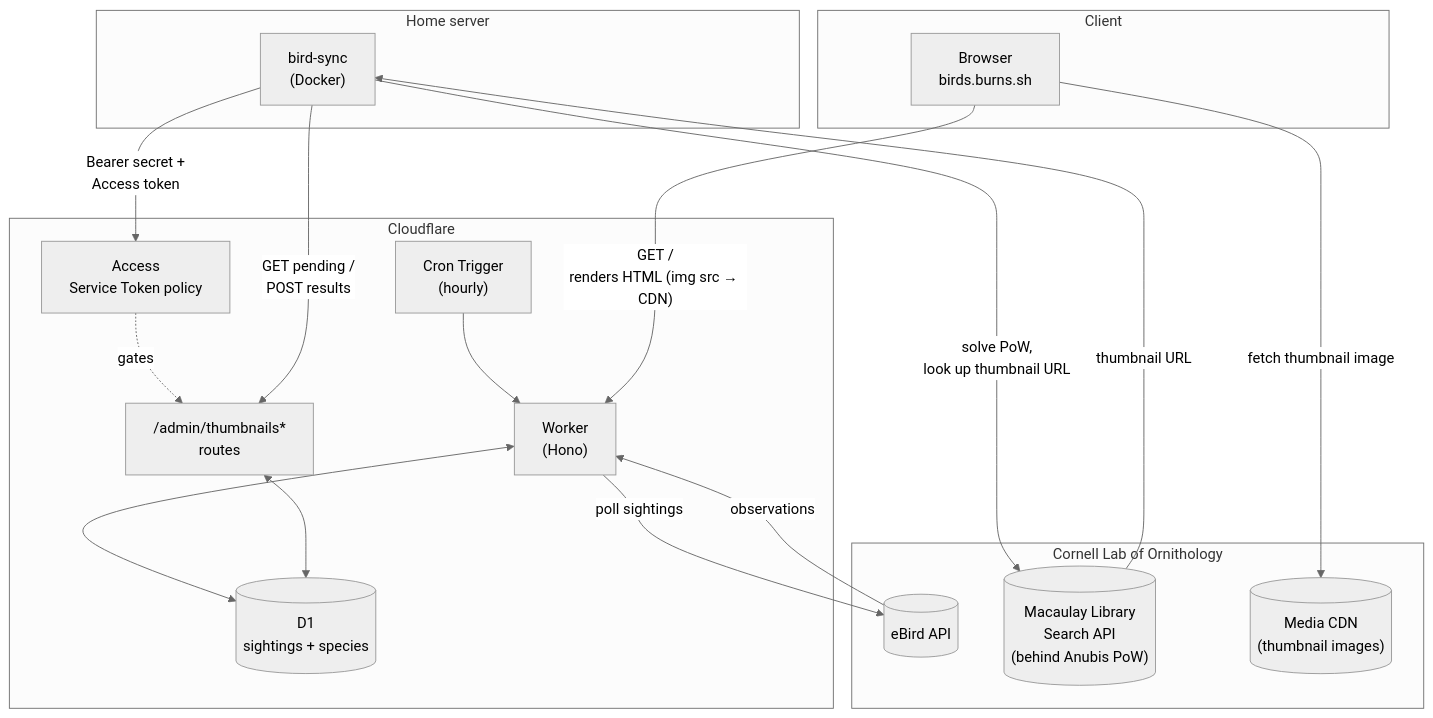
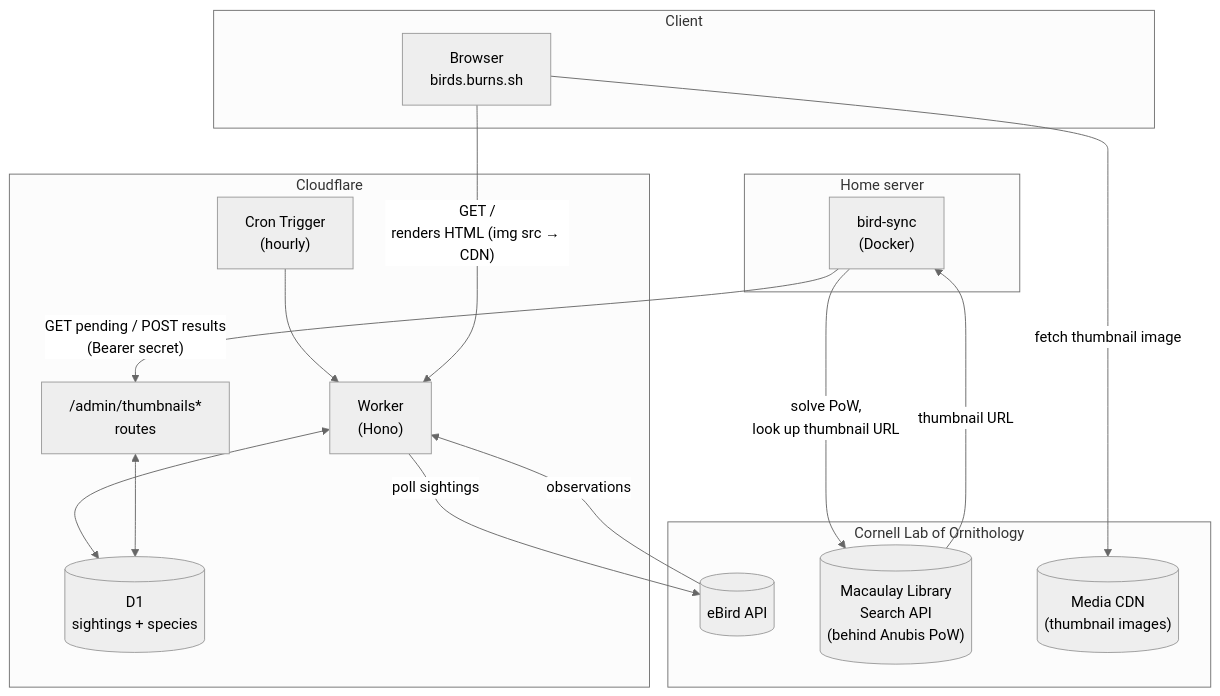
One commit to bbbburns/local-birds changed the diagram in README.md. Above: the diagram before and after it, drawn with Mermaid (neutral theme). The commit also changed 3 other files, not shown here.

First line of the commit message:
Docs: no Cloudflare Access app fronts /admin/*

````diff
--- a/README.md
+++ b/README.md
@@ -27,42 +27,39 @@
 ```mermaid
 flowchart TB
     subgraph client["Client"]
         browser["Browser<br/>birds.burns.sh"]
     end
 
     subgraph cf["Cloudflare"]
         cron["Cron Trigger<br/>(hourly)"]
         worker["Worker<br/>(Hono)"]
         d1[("D1<br/>sightings + species")]
-        access["Access<br/>Service Token policy"]
         admin["/admin/thumbnails*<br/>routes"]
         cron --> worker
         worker <--> d1
-        access -.gates.-> admin
         admin <--> d1
     end
 
     subgraph home["Home server"]
         birdsync["bird-sync<br/>(Docker)"]
     end
 
     subgraph cornell["Cornell Lab of Ornithology"]
         ebird[("eBird API")]
         search[("Macaulay Library<br/>Search API<br/>(behind Anubis PoW)")]
         cdn[("Media CDN<br/>(thumbnail images)")]
     end
 
     client ~~~ cf
     cf ~~~ cornell
 
     browser -- "GET /<br/>renders HTML (img src → CDN)" --> worker
     browser -- "fetch thumbnail image" --> cdn
 
     worker -- poll sightings --> ebird
     ebird -- observations --> worker
 
     birdsync -- "solve PoW,<br/>look up thumbnail URL" --> search
     search -- thumbnail URL --> birdsync
-    birdsync -- "Bearer secret +<br/>Access token" --> access
-    birdsync -- "GET pending /<br/>POST results" --> admin
+    birdsync -- "GET pending / POST results<br/>(Bearer secret)" --> admin
 ```
````
